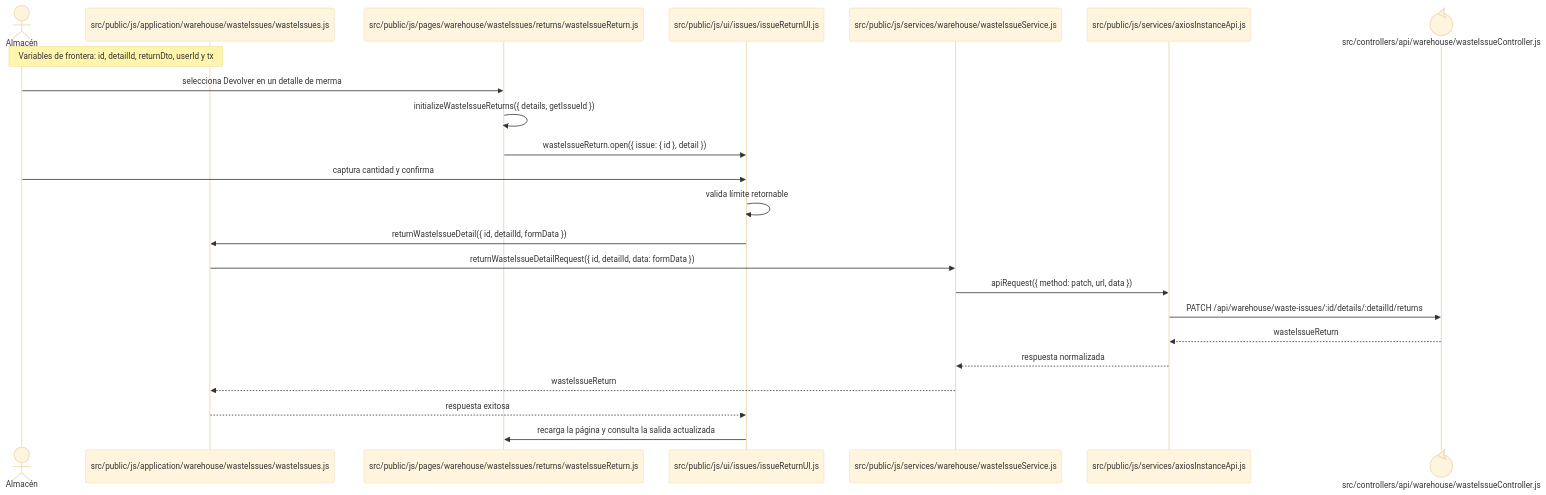
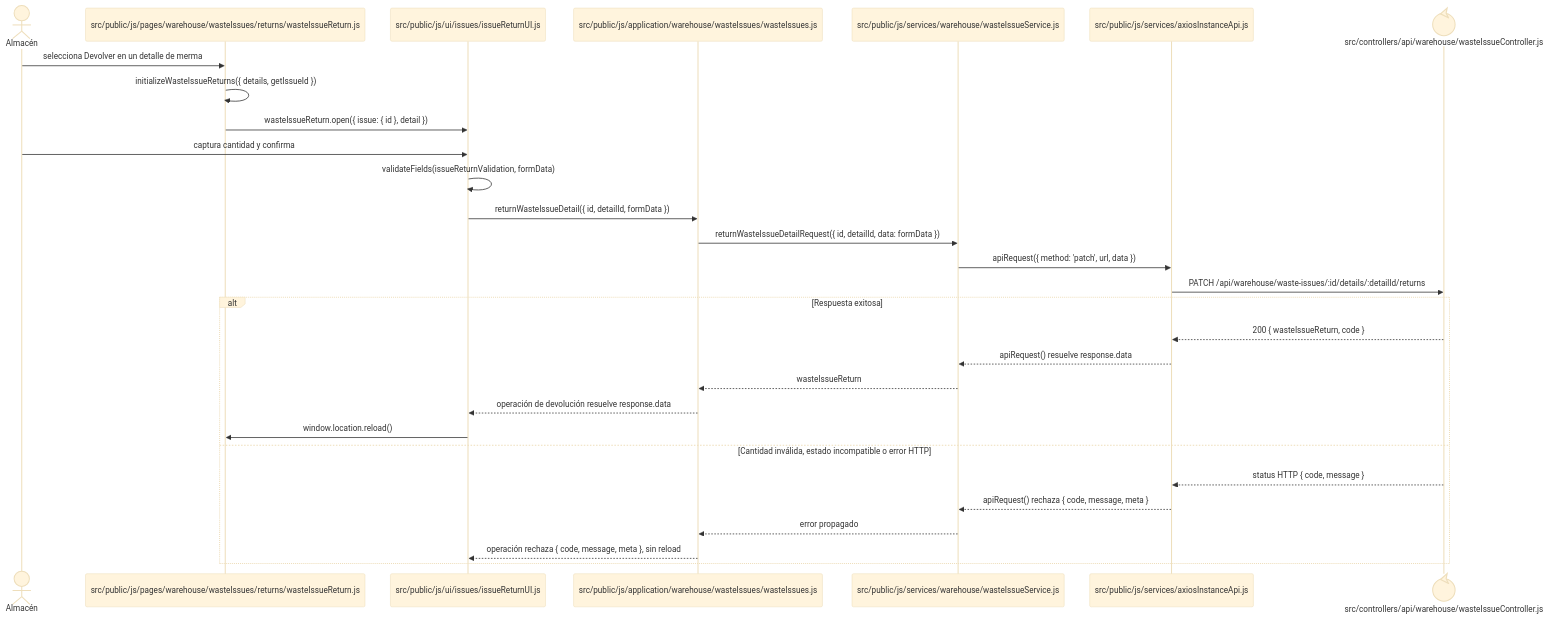
The diagram in docs/architecture/frontend-code-sequences/issues/cu-sal-13.md (gpgsistemas01/nexus), drawn with Mermaid (base theme) before and after one commit. The commit also changed 148 other files, not shown here.

````diff
--- a/docs/architecture/frontend-code-sequences/issues/cu-sal-13.md
+++ b/docs/architecture/frontend-code-sequences/issues/cu-sal-13.md
@@ -6,26 +6,32 @@
 ```mermaid
 sequenceDiagram
-    Note over Warehouse,App: Variables de frontera: id, detailId, returnDto, userId y tx
     actor Warehouse as Almacén
     participant Issue as src/public/js/pages/warehouse/wasteIssues/returns/wasteIssueReturn.js
     participant Return as src/public/js/ui/issues/issueReturnUI.js
     participant App as src/public/js/application/warehouse/wasteIssues/wasteIssues.js
     participant Request as src/public/js/services/warehouse/wasteIssueService.js
     participant HTTP as src/public/js/services/axiosInstanceApi.js
     participant API@{ "type": "control" } as src/controllers/api/warehouse/wasteIssueController.js
 
     Warehouse->>Issue: selecciona Devolver en un detalle de merma
     Issue->>Issue: initializeWasteIssueReturns({ details, getIssueId })
     Issue->>Return: wasteIssueReturn.open({ issue: { id }, detail })
     Warehouse->>Return: captura cantidad y confirma
-    Return->>Return: valida límite retornable
+    Return->>Return: validateFields(issueReturnValidation, formData)
     Return->>App: returnWasteIssueDetail({ id, detailId, formData })
     App->>Request: returnWasteIssueDetailRequest({ id, detailId, data: formData })
-    Request->>HTTP: apiRequest({ method: patch, url, data })
+    Request->>HTTP: apiRequest({ method: 'patch', url, data })
     HTTP->>API: PATCH /api/warehouse/waste-issues/:id/details/:detailId/returns
-    API-->>HTTP: wasteIssueReturn
-    HTTP-->>Request: respuesta normalizada
-    Request-->>App: wasteIssueReturn
-    App-->>Return: respuesta exitosa
-    Return->>Issue: recarga la página y consulta la salida actualizada
+    alt Respuesta exitosa
+        API-->>HTTP: 200 { wasteIssueReturn, code }
+        HTTP-->>Request: apiRequest() resuelve response.data
+        Request-->>App: wasteIssueReturn
+        App-->>Return: operación de devolución resuelve response.data
+        Return->>Issue: window.location.reload()
+    else Cantidad inválida, estado incompatible o error HTTP
+        API-->>HTTP: status HTTP { code, message }
+        HTTP-->>Request: apiRequest() rechaza { code, message, meta }
+        Request-->>App: error propagado
+        App-->>Return: operación rechaza { code, message, meta }, sin reload
+    end
 ```
````
